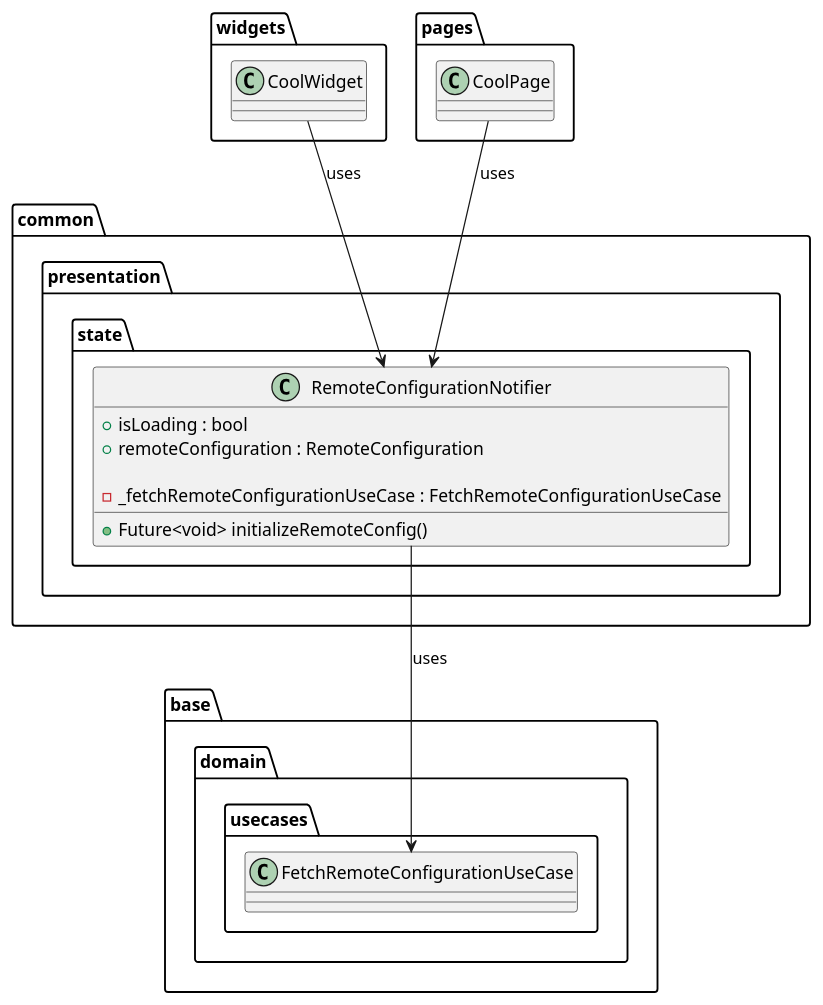
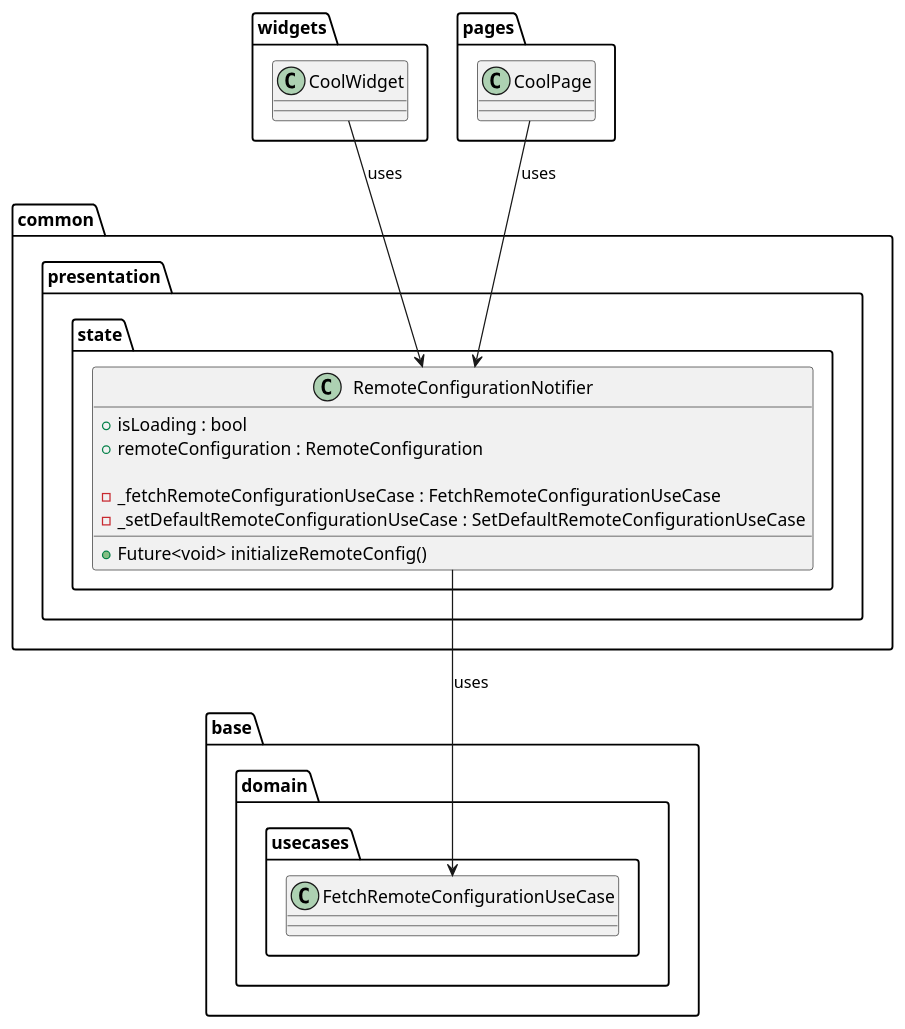
One commit to Flank/flank-dashboard changed the diagram in metrics/web/docs/features/remote_config/diagrams/remote_config_presentation_layer_class_diagram.puml. Above: the diagram before and after it, drawn with PlantUML. The commit also changed 2 other files, not shown here.

```diff
--- a/metrics/web/docs/features/remote_config/diagrams/remote_config_presentation_layer_class_diagram.puml
+++ b/metrics/web/docs/features/remote_config/diagrams/remote_config_presentation_layer_class_diagram.puml
@@ -1,32 +1,33 @@
 @startuml remote_config_presentation_layer_class_diagram
 
 package base.domain.usecases {
     class FetchRemoteConfigurationUseCase {}
 }
 
 package common.presentation.state {
     class RemoteConfigurationNotifier {
         + isLoading : bool
         + remoteConfiguration : RemoteConfiguration
 
         - _fetchRemoteConfigurationUseCase : FetchRemoteConfigurationUseCase
+        - _setDefaultRemoteConfigurationUseCase : SetDefaultRemoteConfigurationUseCase
 
         + Future<void> initializeRemoteConfig()   
     }
 }
 
 package widgets {
     class CoolWidget {}
 }
 
 package pages {
     class CoolPage {}
 }
 
 CoolWidget --> RemoteConfigurationNotifier : uses
 
 CoolPage --> RemoteConfigurationNotifier : uses
 
 RemoteConfigurationNotifier --> FetchRemoteConfigurationUseCase : uses
 
 @enduml
```
